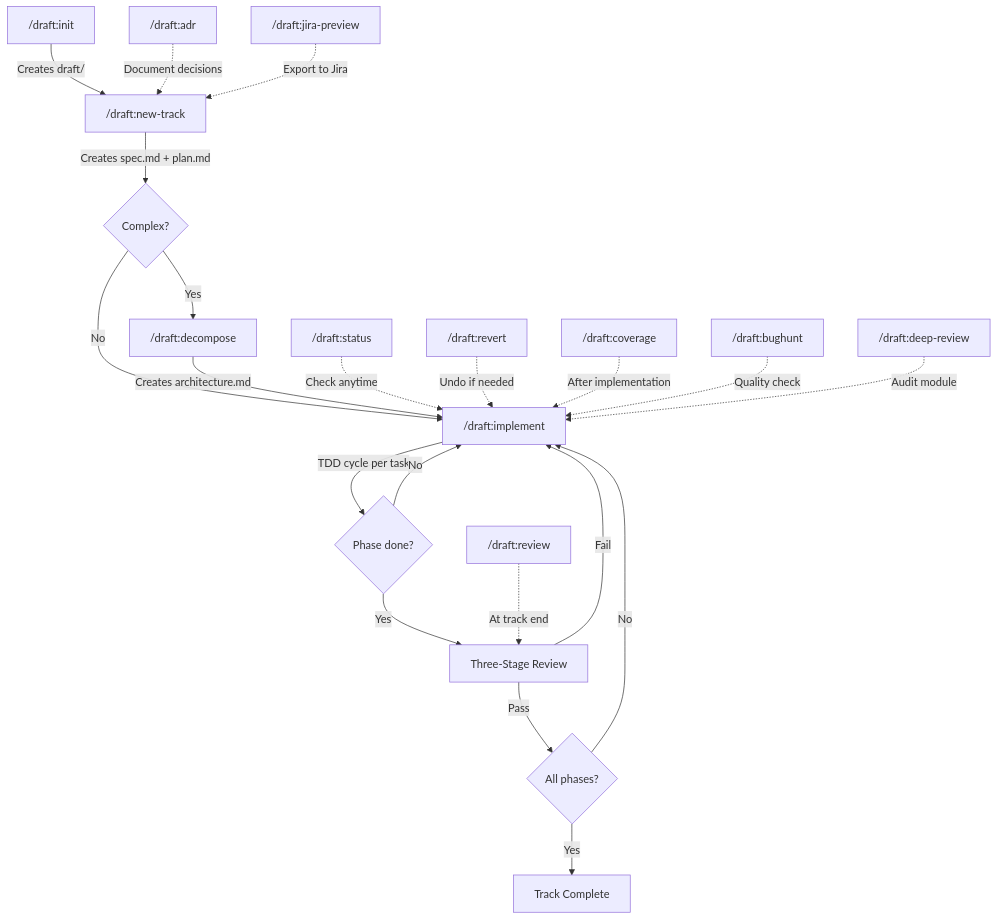
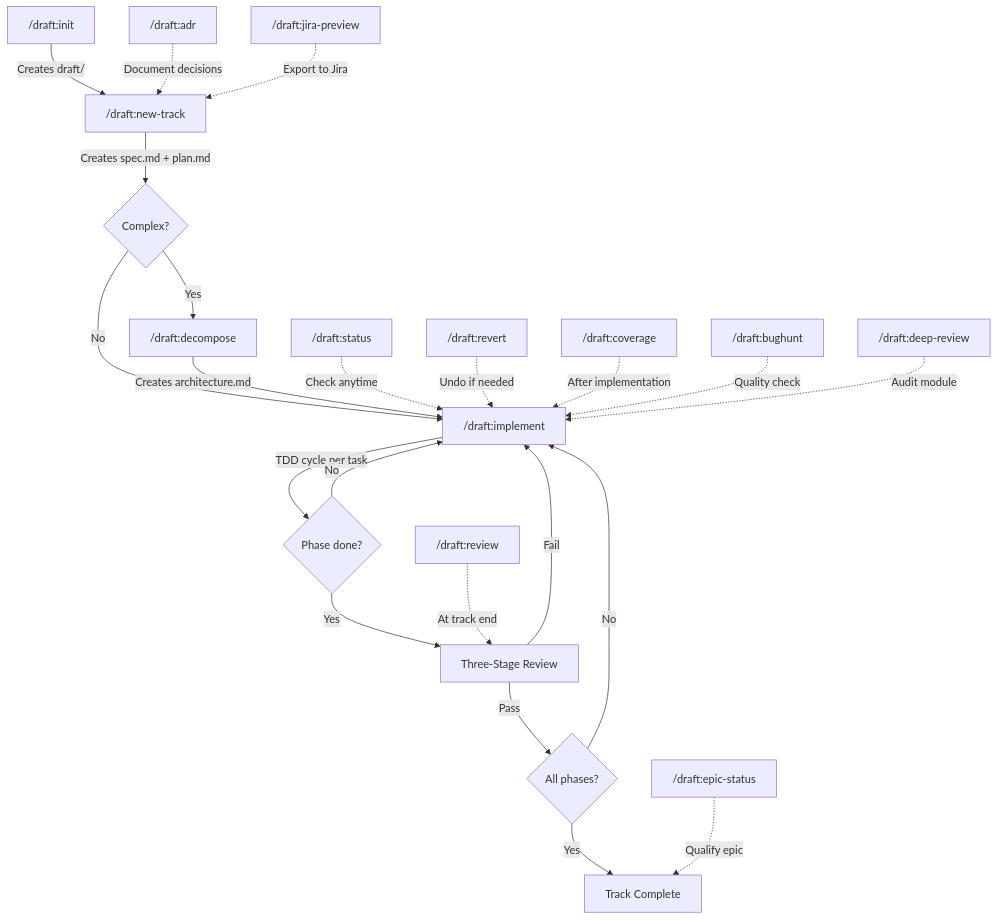
The first of 2 diagrams in core/methodology.md (mayurpise/draft), drawn with Mermaid before and after one commit. The commit also changed other lines of this file and 20 other files, not shown here.

First line of the commit message:
feat(epic-status): add /draft:epic-status command and fix 29 cross-skill issues

````diff
--- a/core/methodology.md
+++ b/core/methodology.md
@@ -88,24 +89,25 @@
 ```mermaid
 graph TD
     A["/draft:init"] -->|"Creates draft/"| B["/draft:new-track"]
     B -->|"Creates spec.md + plan.md"| C{Complex?}
     C -->|Yes| D["/draft:decompose"]
     C -->|No| E["/draft:implement"]
     D -->|"Creates architecture.md"| E
     E -->|"TDD cycle per task"| F{Phase done?}
     F -->|No| E
     F -->|Yes| G["Three-Stage Review"]
     G -->|Pass| H{All phases?}
     G -->|Fail| E
     H -->|No| E
     H -->|Yes| I["Track Complete"]
 
     J["/draft:status"] -.->|"Check anytime"| E
     K["/draft:revert"] -.->|"Undo if needed"| E
     L["/draft:coverage"] -.->|"After implementation"| E
     N["/draft:bughunt"] -.->|"Quality check"| E
     O["/draft:review"] -.->|"At track end"| G
     P["/draft:adr"] -.->|"Document decisions"| B
     Q["/draft:jira-preview"] -.->|"Export to Jira"| B
     R["/draft:deep-review"] -.->|"Audit module"| E
+    S["/draft:epic-status"] -.->|"Qualify epic"| I
 ```
````
